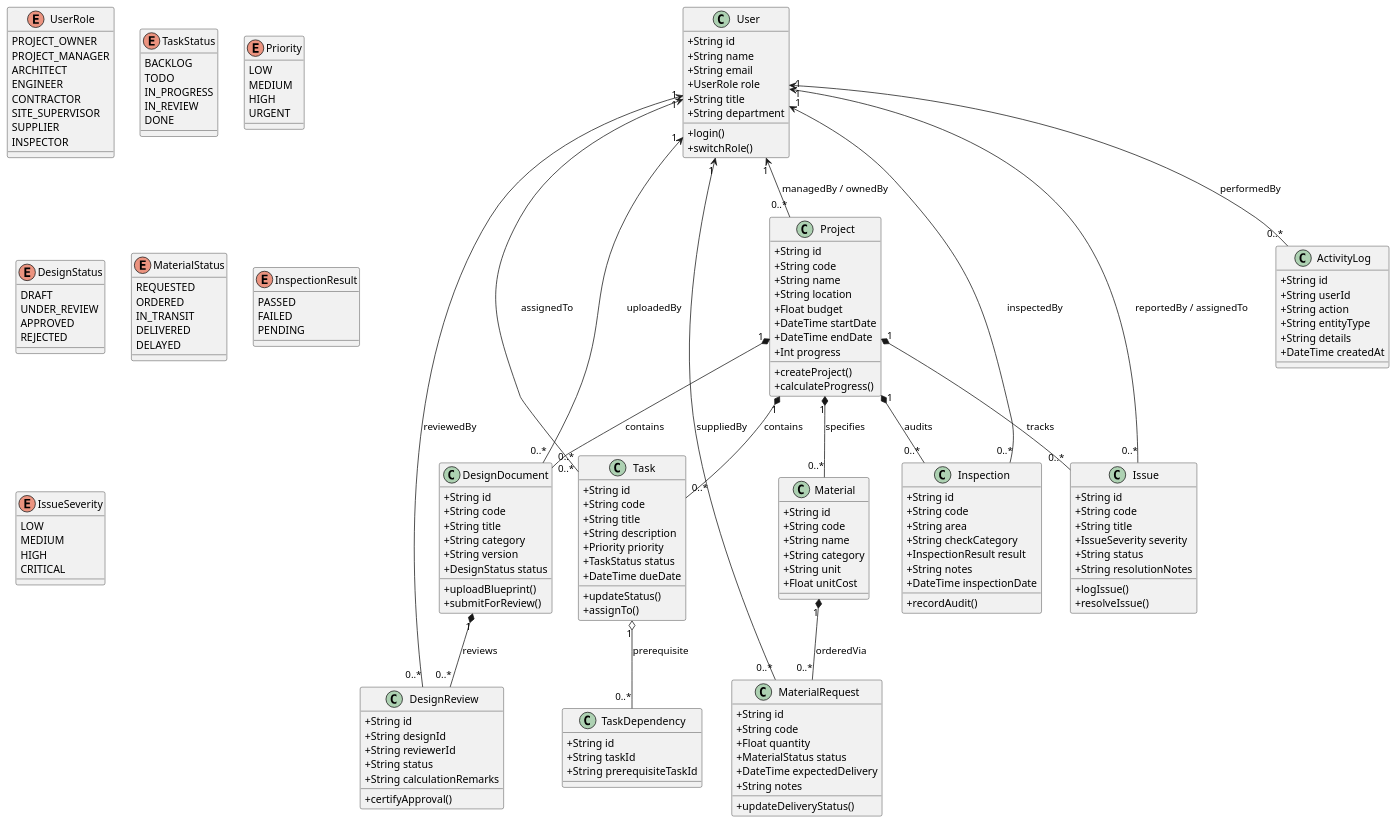
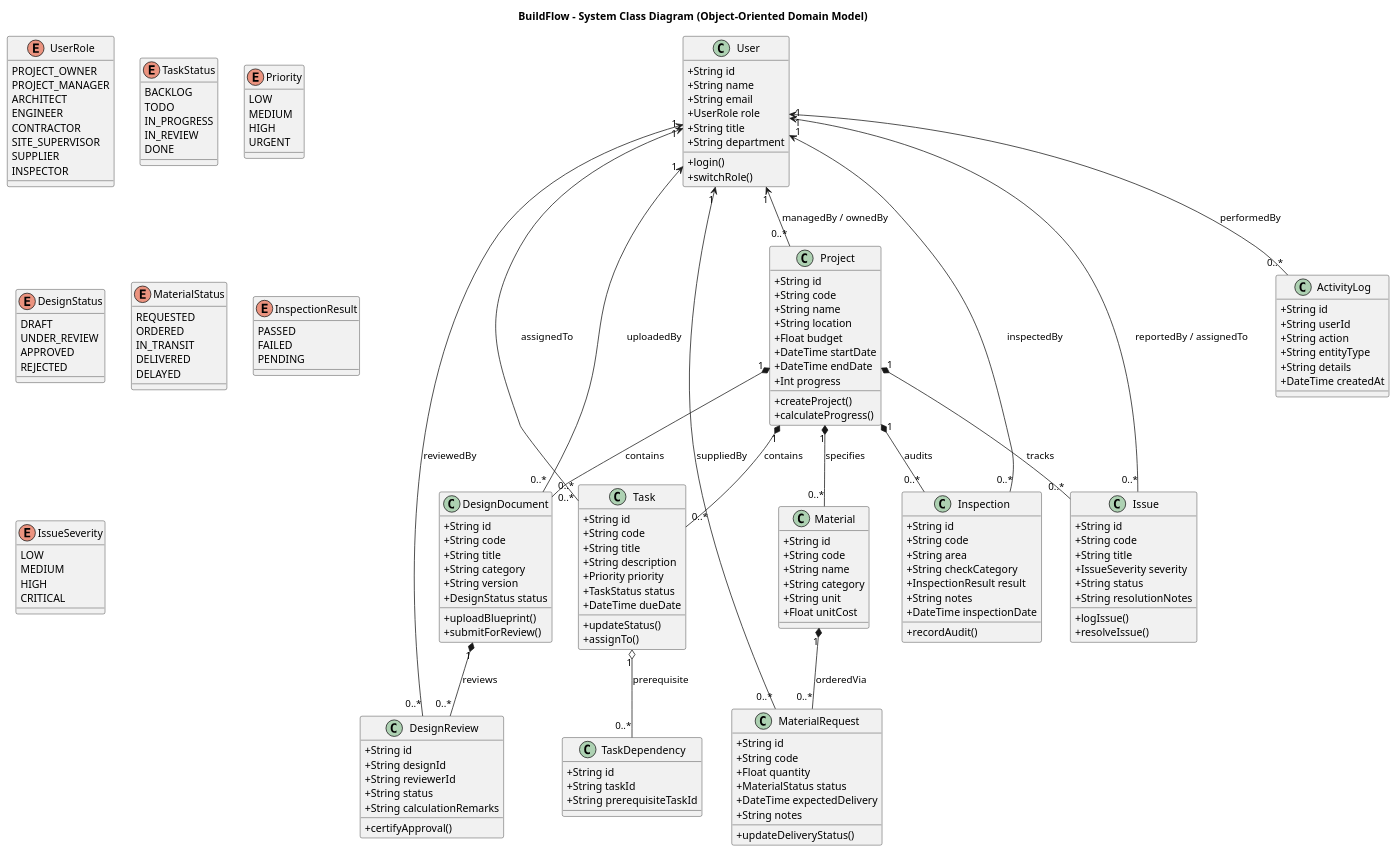
The diagram in docs/uml/class_diagram.puml (Shaunakrane914/BuildFlow), drawn with PlantUML before and after one commit. The commit also changed 8 other files, not shown here.

Commit message:
style(uml): add explicit title headings to all 9 PlantUML diagram files

```diff
--- a/docs/uml/class_diagram.puml
+++ b/docs/uml/class_diagram.puml
@@ -1,195 +1,196 @@
 @startuml BuildFlow_Class_Diagram
+title BuildFlow - System Class Diagram (Object-Oriented Domain Model)
 skinparam classAttributeIconSize 0
 skinparam monochrome false
 skinparam shadowing false
 skinparam defaultFontName Arial
 
 enum UserRole {
   PROJECT_OWNER
   PROJECT_MANAGER
   ARCHITECT
   ENGINEER
   CONTRACTOR
   SITE_SUPERVISOR
   SUPPLIER
   INSPECTOR
 }
 
 enum TaskStatus {
   BACKLOG
   TODO
   IN_PROGRESS
   IN_REVIEW
   DONE
 }
 
 enum Priority {
   LOW
   MEDIUM
   HIGH
   URGENT
 }
 
 enum DesignStatus {
   DRAFT
   UNDER_REVIEW
   APPROVED
   REJECTED
 }
 
 enum MaterialStatus {
   REQUESTED
   ORDERED
   IN_TRANSIT
   DELIVERED
   DELAYED
 }
 
 enum InspectionResult {
   PASSED
   FAILED
   PENDING
 }
 
 enum IssueSeverity {
   LOW
   MEDIUM
   HIGH
   CRITICAL
 }
 
 class User {
   +String id
   +String name
   +String email
   +UserRole role
   +String title
   +String department
   +login()
   +switchRole()
 }
 
 class Project {
   +String id
   +String code
   +String name
   +String location
   +Float budget
   +DateTime startDate
   +DateTime endDate
   +Int progress
   +createProject()
   +calculateProgress()
 }
 
 class Task {
   +String id
   +String code
   +String title
   +String description
   +Priority priority
   +TaskStatus status
   +DateTime dueDate
   +updateStatus()
   +assignTo()
 }
 
 class TaskDependency {
   +String id
   +String taskId
   +String prerequisiteTaskId
 }
 
 class DesignDocument {
   +String id
   +String code
   +String title
   +String category
   +String version
   +DesignStatus status
   +uploadBlueprint()
   +submitForReview()
 }
 
 class DesignReview {
   +String id
   +String designId
   +String reviewerId
   +String status
   +String calculationRemarks
   +certifyApproval()
 }
 
 class Material {
   +String id
   +String code
   +String name
   +String category
   +String unit
   +Float unitCost
 }
 
 class MaterialRequest {
   +String id
   +String code
   +Float quantity
   +MaterialStatus status
   +DateTime expectedDelivery
   +String notes
   +updateDeliveryStatus()
 }
 
 class Inspection {
   +String id
   +String code
   +String area
   +String checkCategory
   +InspectionResult result
   +String notes
   +DateTime inspectionDate
   +recordAudit()
 }
 
 class Issue {
   +String id
   +String code
   +String title
   +IssueSeverity severity
   +String status
   +String resolutionNotes
   +logIssue()
   +resolveIssue()
 }
 
 class ActivityLog {
   +String id
   +String userId
   +String action
   +String entityType
   +String details
   +DateTime createdAt
 }
 
 ' Relationships
 User "1" <-- "0..*" Project : managedBy / ownedBy
 Project "1" *-- "0..*" Task : contains
 Project "1" *-- "0..*" DesignDocument : contains
 Project "1" *-- "0..*" Material : specifies
 Project "1" *-- "0..*" Inspection : audits
 Project "1" *-- "0..*" Issue : tracks
 
 Task "1" o-- "0..*" TaskDependency : prerequisite
 User "1" <-- "0..*" Task : assignedTo
 
 DesignDocument "1" *-- "0..*" DesignReview : reviews
 User "1" <-- "0..*" DesignReview : reviewedBy
 User "1" <-- "0..*" DesignDocument : uploadedBy
 
 Material "1" *-- "0..*" MaterialRequest : orderedVia
 User "1" <-- "0..*" MaterialRequest : suppliedBy
 
 User "1" <-- "0..*" Inspection : inspectedBy
 User "1" <-- "0..*" Issue : reportedBy / assignedTo
 User "1" <-- "0..*" ActivityLog : performedBy
 
 @enduml
```
